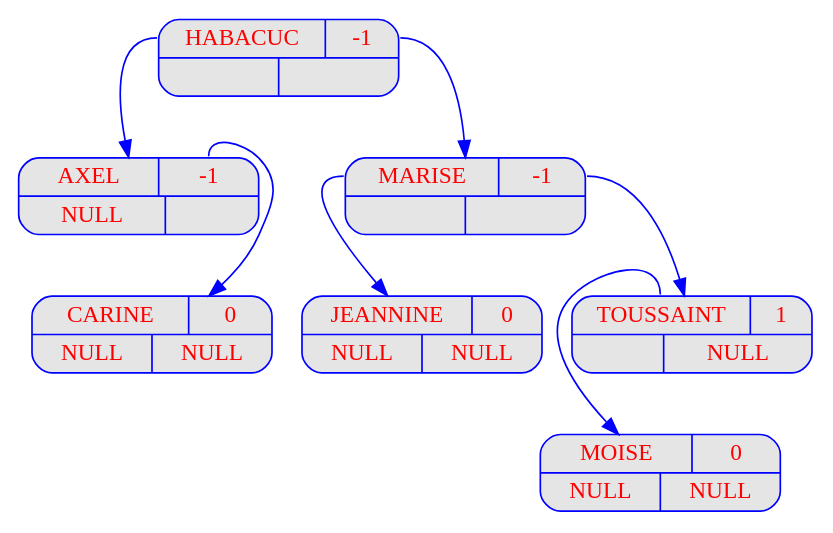
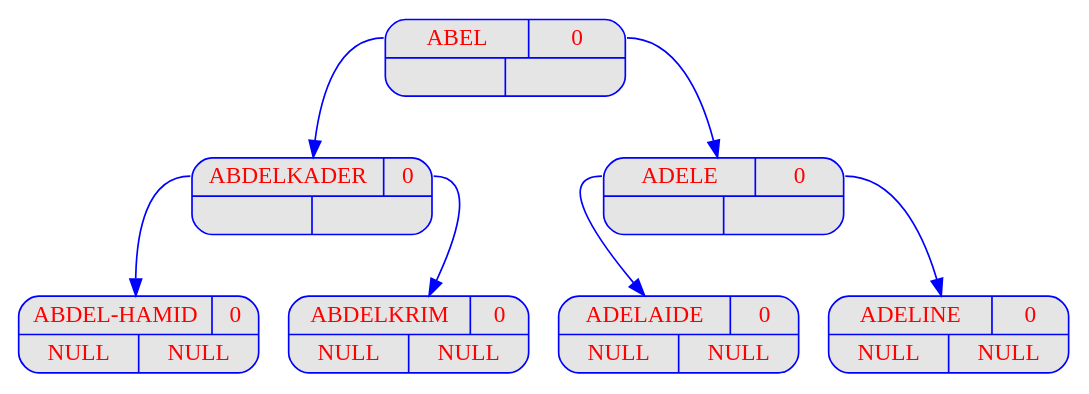
One commit to FilRougeAAP/Fil_Rouge changed the diagram in Programme_1/output_Prog1/dot/displayAVL_v06.dot. Above: the diagram before and after it, drawn with Graphviz. The commit also changed 45 other files, not shown here.

```diff
--- a/Programme_1/output_Prog1/dot/displayAVL_v06.dot
+++ b/Programme_1/output_Prog1/dot/displayAVL_v06.dot
@@ -1,35 +1,34 @@
 digraph displayAVL {
 	node [
 		fontname  = "Arial bold" 
 		fontsize  = "14"
 		fontcolor = "red"
 		style     = "rounded, filled"
 		shape     = "record"
 		fillcolor = "grey90"
 		color     = "blue"
 		width     = "2"
 	]
 
 	edge [
 		color     = "blue"
 	]
 
-	"HABACUC" [label = "{{<g> HABACUC | <d> -1 } | { <g> | <d>}}"];
-	"HABACUC":g -> "AXEL";
-	"AXEL" [label = "{{<g> AXEL | <d> -1 } | { <g> | <d>}}"];
-	"AXEL" [label = "{{<g> AXEL | <d> -1 }| { <g> NULL | <d> }}"];
-	"AXEL":d -> "CARINE";
-	"CARINE" [label = "{{<g> CARINE | <d> 0 } | { <g> | <d>}}"];
-	"CARINE" [label = "{{<g> CARINE | <d> 0 }| { <g> NULL | <d> NULL}}"];
-	"HABACUC":d -> "MARISE";
-	"MARISE" [label = "{{<g> MARISE | <d> -1 } | { <g> | <d>}}"];
-	"MARISE":g -> "JEANNINE";
-	"JEANNINE" [label = "{{<g> JEANNINE | <d> 0 } | { <g> | <d>}}"];
-	"JEANNINE" [label = "{{<g> JEANNINE | <d> 0 }| { <g> NULL | <d> NULL}}"];
-	"MARISE":d -> "TOUSSAINT";
-	"TOUSSAINT" [label = "{{<g> TOUSSAINT | <d> 1 } | { <g> | <d>}}"];
-	"TOUSSAINT" [label = "{{<g> TOUSSAINT | <d> 1 }| { <g> | <d> NULL}}"];
-	"TOUSSAINT":g -> "MOISE";
-	"MOISE" [label = "{{<g> MOISE | <d> 0 } | { <g> | <d>}}"];
-	"MOISE" [label = "{{<g> MOISE | <d> 0 }| { <g> NULL | <d> NULL}}"];
+	"ABEL" [label = "{{<g> ABEL | <d> 0 } | { <g> | <d>}}"];
+	"ABEL":g -> "ABDELKADER";
+	"ABDELKADER" [label = "{{<g> ABDELKADER | <d> 0 } | { <g> | <d>}}"];
+	"ABDELKADER":g -> "ABDEL-HAMID";
+	"ABDEL-HAMID" [label = "{{<g> ABDEL-HAMID | <d> 0 } | { <g> | <d>}}"];
+	"ABDEL-HAMID" [label = "{{<g> ABDEL-HAMID | <d> 0 }| { <g> NULL | <d> NULL}}"];
+	"ABDELKADER":d -> "ABDELKRIM";
+	"ABDELKRIM" [label = "{{<g> ABDELKRIM | <d> 0 } | { <g> | <d>}}"];
+	"ABDELKRIM" [label = "{{<g> ABDELKRIM | <d> 0 }| { <g> NULL | <d> NULL}}"];
+	"ABEL":d -> "ADELE";
+	"ADELE" [label = "{{<g> ADELE | <d> 0 } | { <g> | <d>}}"];
+	"ADELE":g -> "ADELAIDE";
+	"ADELAIDE" [label = "{{<g> ADELAIDE | <d> 0 } | { <g> | <d>}}"];
+	"ADELAIDE" [label = "{{<g> ADELAIDE | <d> 0 }| { <g> NULL | <d> NULL}}"];
+	"ADELE":d -> "ADELINE";
+	"ADELINE" [label = "{{<g> ADELINE | <d> 0 } | { <g> | <d>}}"];
+	"ADELINE" [label = "{{<g> ADELINE | <d> 0 }| { <g> NULL | <d> NULL}}"];
 }
```
